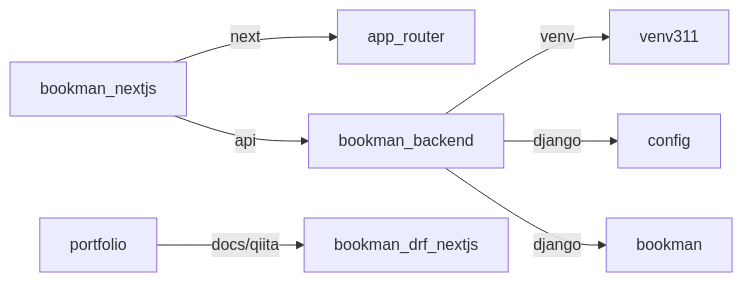
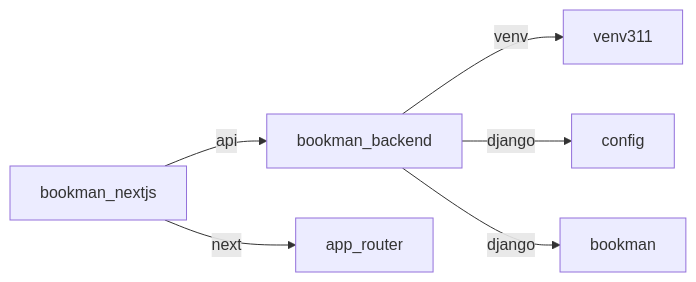
Before and after one commit to duri0214/portfolio: the diagram in docs/qiita/bookman_drf_nextjs.md, drawn with Mermaid. The commit also changed other lines of this file, not shown here.

Commit message:
872 Address Qiita article review comments

````diff
--- a/docs/qiita/bookman_drf_nextjs.md
+++ b/docs/qiita/bookman_drf_nextjs.md
@@ -36,12 +36,10 @@
 ```mermaid
 graph LR
   bookman_backend
   bookman_nextjs
-  portfolio
-  portfolio -- docs/qiita --> bookman_drf_nextjs
   bookman_backend -- venv --> venv311
   bookman_backend -- django --> config
   bookman_backend -- django --> bookman
   bookman_nextjs -- next --> app_router
   bookman_nextjs -- api --> bookman_backend
 ```
````
